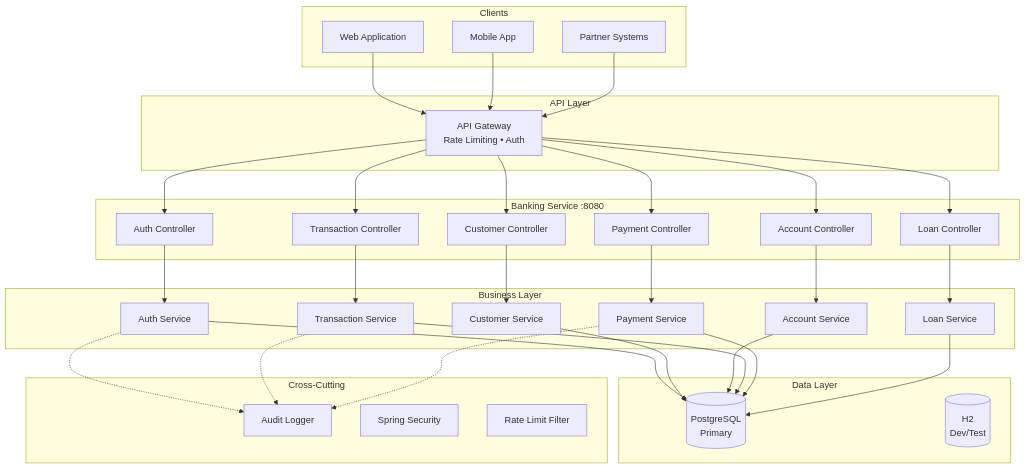
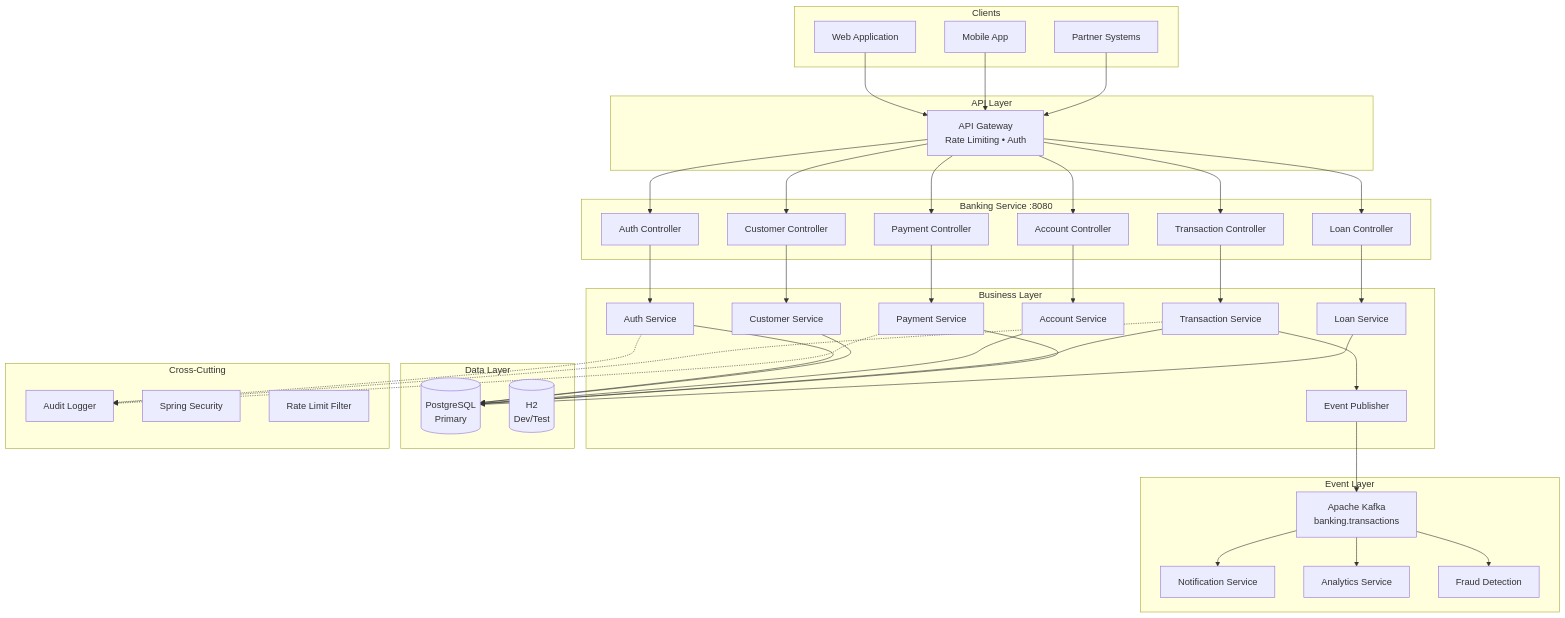
Before and after one commit to jzavalaq/banking-financial-api: the diagram in README.md, drawn with Mermaid. The commit also changed other lines of this file and 144 other files, not shown here.

```diff
--- a/README.md
+++ b/README.md
@@ -56,6 +58,14 @@
         TransactionService[Transaction Service]
         PaymentService[Payment Service]
         LoanService[Loan Service]
+        EventPublisher[Event Publisher]
+    end
+
+    subgraph "Event Layer"
+        Kafka[Apache Kafka<br/>banking.transactions]
+        Notification[Notification Service]
+        Analytics[Analytics Service]
+        Fraud[Fraud Detection]
     end
 
     subgraph "Data Layer"
@@ -87,6 +97,13 @@
     Payment --> PaymentService
     Loan --> LoanService
 
+    TransactionService --> EventPublisher
+    EventPublisher --> Kafka
+
+    Kafka --> Notification
+    Kafka --> Analytics
+    Kafka --> Fraud
+
     AuthService --> PostgreSQL
     CustomerService --> PostgreSQL
     AccountService --> PostgreSQL
```
